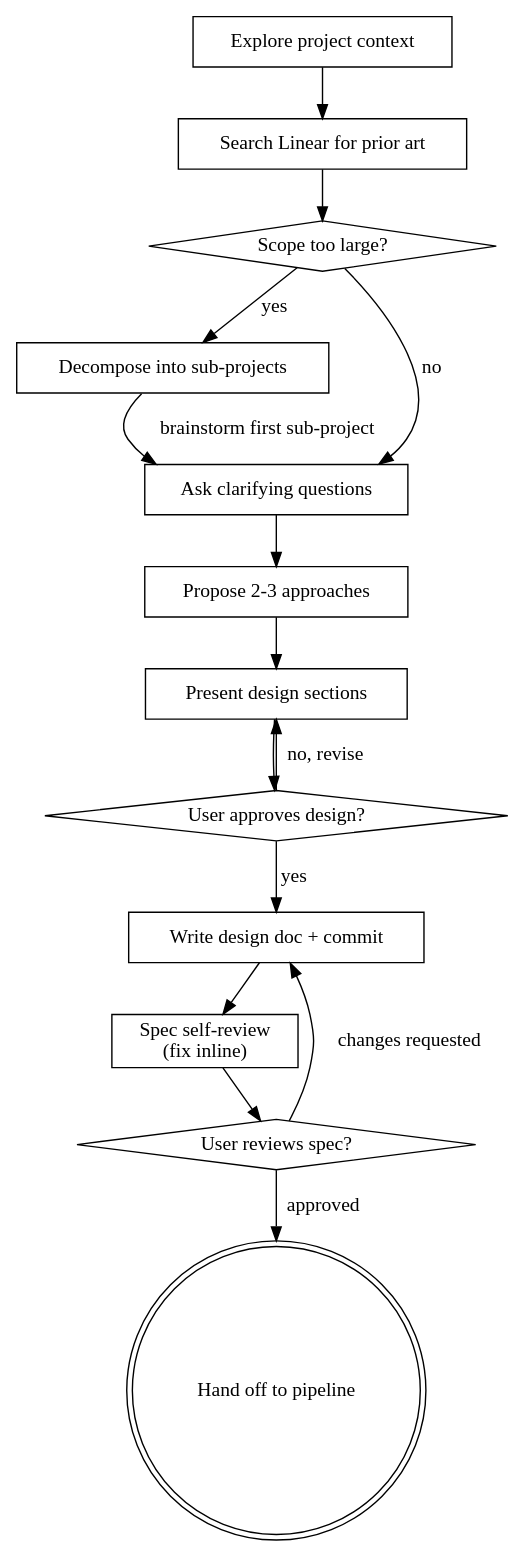
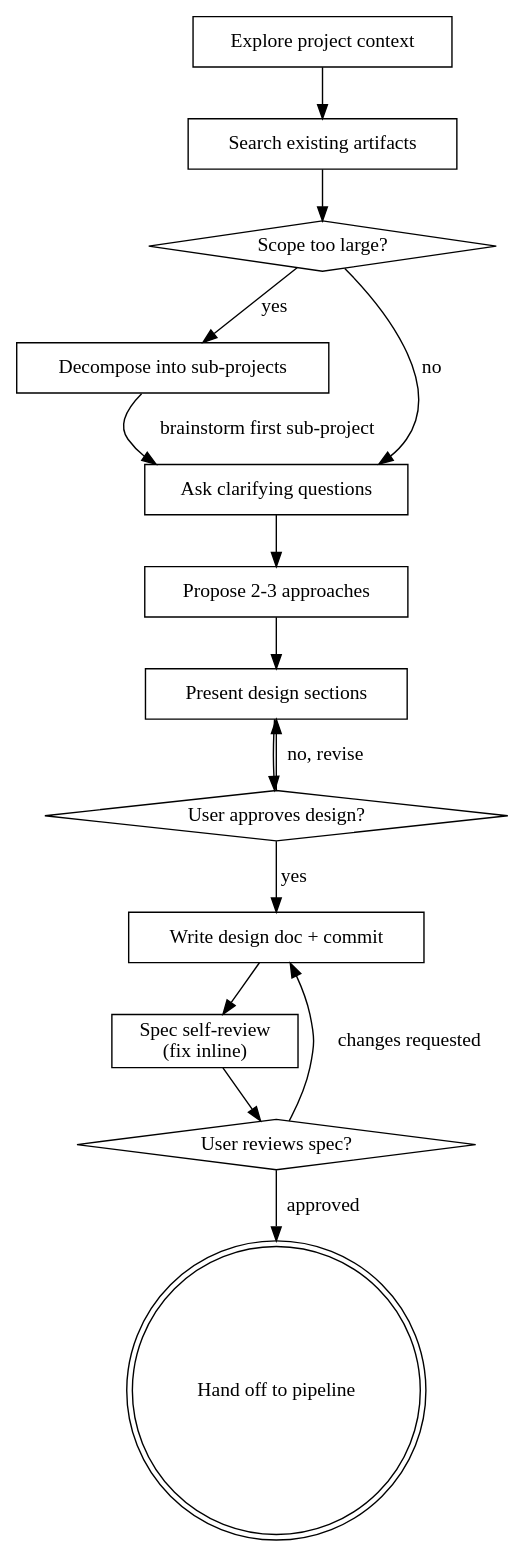
One commit to mocha/ai changed the diagram in plugins/skylark/skills/brainstorm/SKILL.md. Above: the diagram before and after it, drawn with Graphviz. The commit also changed other lines of this file and 13 other files, not shown here.

````diff
--- a/plugins/skylark/skills/brainstorm/SKILL.md
+++ b/plugins/skylark/skills/brainstorm/SKILL.md
@@ -36,31 +36,31 @@
 ```dot
 digraph brainstorming {
     "Explore project context" [shape=box];
-    "Search Linear for prior art" [shape=box];
+    "Search existing artifacts" [shape=box];
     "Scope too large?" [shape=diamond];
     "Decompose into sub-projects" [shape=box];
     "Ask clarifying questions" [shape=box];
     "Propose 2-3 approaches" [shape=box];
     "Present design sections" [shape=box];
     "User approves design?" [shape=diamond];
     "Write design doc + commit" [shape=box];
     "Spec self-review\n(fix inline)" [shape=box];
     "User reviews spec?" [shape=diamond];
     "Hand off to pipeline" [shape=doublecircle];
 
-    "Explore project context" -> "Search Linear for prior art";
-    "Search Linear for prior art" -> "Scope too large?";
+    "Explore project context" -> "Search existing artifacts";
+    "Search existing artifacts" -> "Scope too large?";
     "Scope too large?" -> "Decompose into sub-projects" [label="yes"];
     "Decompose into sub-projects" -> "Ask clarifying questions" [label="brainstorm first sub-project"];
     "Scope too large?" -> "Ask clarifying questions" [label="no"];
     "Ask clarifying questions" -> "Propose 2-3 approaches";
     "Propose 2-3 approaches" -> "Present design sections";
     "Present design sections" -> "User approves design?";
     "User approves design?" -> "Present design sections" [label="no, revise"];
     "User approves design?" -> "Write design doc + commit" [label="yes"];
     "Write design doc + commit" -> "Spec self-review\n(fix inline)";
     "Spec self-review\n(fix inline)" -> "User reviews spec?";
     "User reviews spec?" -> "Write design doc + commit" [label="changes requested"];
     "User reviews spec?" -> "Hand off to pipeline" [label="approved"];
 }
 ```
````
